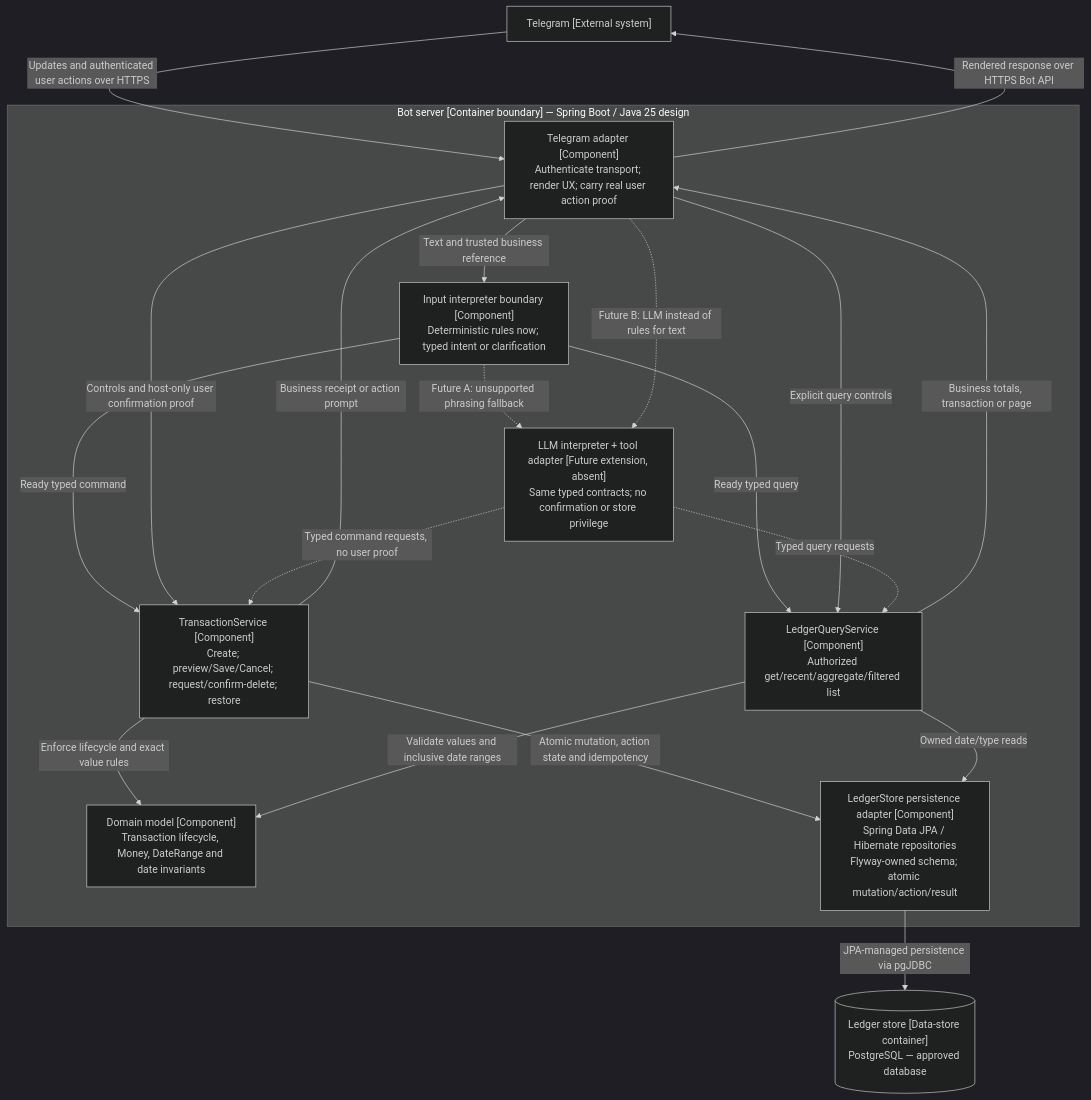
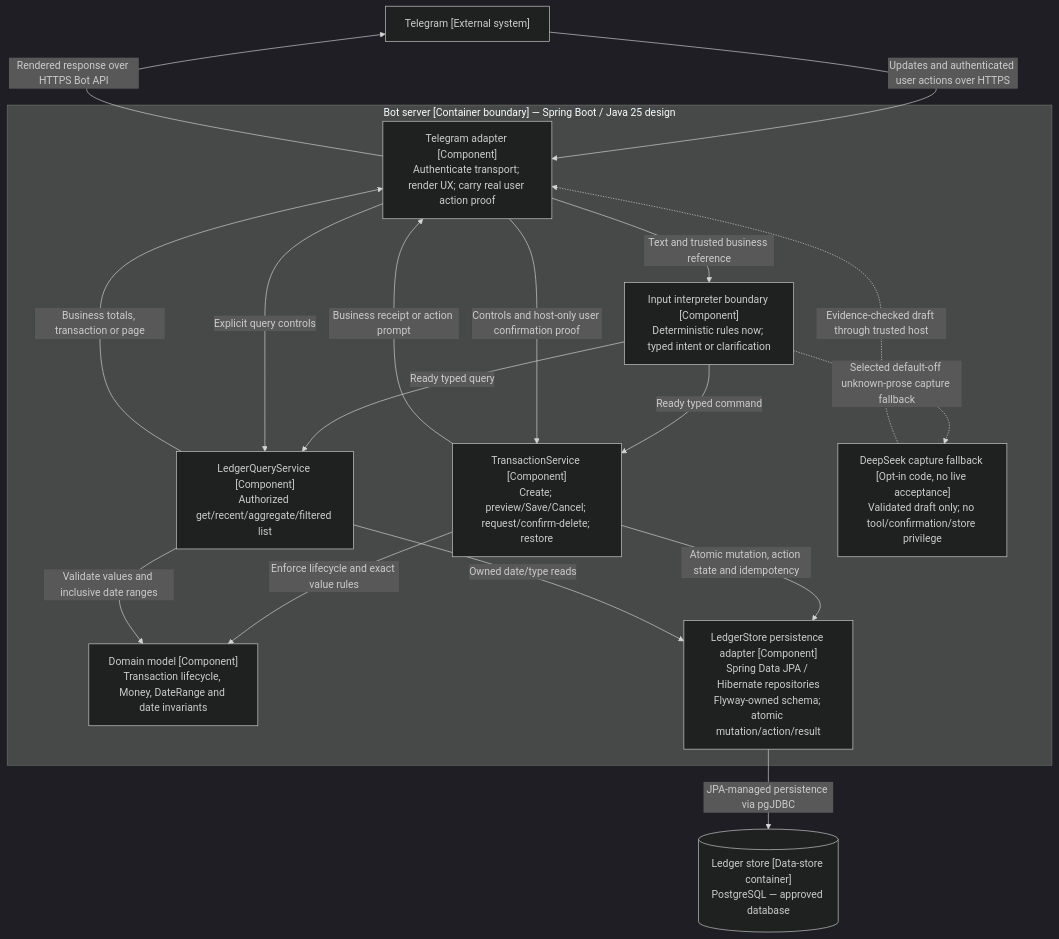
One commit to nghlong3004/longnest changed the third of 3 diagrams in docs/ARCHITECTURE.md. Above: the diagram before and after it, drawn with Mermaid (dark theme). The commit also changed other lines of this file and 27 other files, not shown here.

Commit message:
Add default-off rules-first DeepSeek capture fallback

````diff
--- a/docs/ARCHITECTURE.md
+++ b/docs/ARCHITECTURE.md
@@ -69,32 +69,30 @@
 ```mermaid
 flowchart TB
   T["Telegram [External system]"]
   subgraph S["Bot server [Container boundary] — Spring Boot / Java 25 design"]
     A["Telegram adapter [Component]<br/>Authenticate transport; render UX; carry real user action proof"]
     I["Input interpreter boundary [Component]<br/>Deterministic rules now; typed intent or clarification"]
     C["TransactionService [Component]<br/>Create; preview/Save/Cancel; request/confirm-delete; restore"]
     Q["LedgerQueryService [Component]<br/>Authorized get/recent/aggregate/filtered list"]
     V["Domain model [Component]<br/>Transaction lifecycle, Money, DateRange and date invariants"]
     P["LedgerStore persistence adapter [Component]<br/>Spring Data JPA / Hibernate repositories<br/>Flyway-owned schema; atomic mutation/action/result"]
-    F["LLM interpreter + tool adapter [Future extension, absent]<br/>Same typed contracts; no confirmation or store privilege"]
+    F["DeepSeek capture fallback [Opt-in code, no live acceptance]<br/>Validated draft only; no tool/confirmation/store privilege"]
   end
   D[("Ledger store [Data-store container]<br/>PostgreSQL — approved database")]
   T -->|Updates and authenticated user actions over HTTPS| A
   A -->|Text and trusted business reference| I
   I -->|Ready typed command| C
   I -->|Ready typed query| Q
   A -->|Controls and host-only user confirmation proof| C
   A -->|Explicit query controls| Q
   C -->|Enforce lifecycle and exact value rules| V
   Q -->|Validate values and inclusive date ranges| V
   C -->|Atomic mutation, action state and idempotency| P
   Q -->|Owned date/type reads| P
   P -->|JPA-managed persistence via pgJDBC| D
   C -->|Business receipt or action prompt| A
   Q -->|Business totals, transaction or page| A
   A -->|Rendered response over HTTPS Bot API| T
-  I -.->|Future A: unsupported phrasing fallback| F
-  A -.->|Future B: LLM instead of rules for text| F
-  F -.->|Typed command requests, no user proof| C
-  F -.->|Typed query requests| Q
+  I -.->|Selected default-off unknown-prose capture fallback| F
+  F -.->|Evidence-checked draft through trusted host| A
 ```
````
